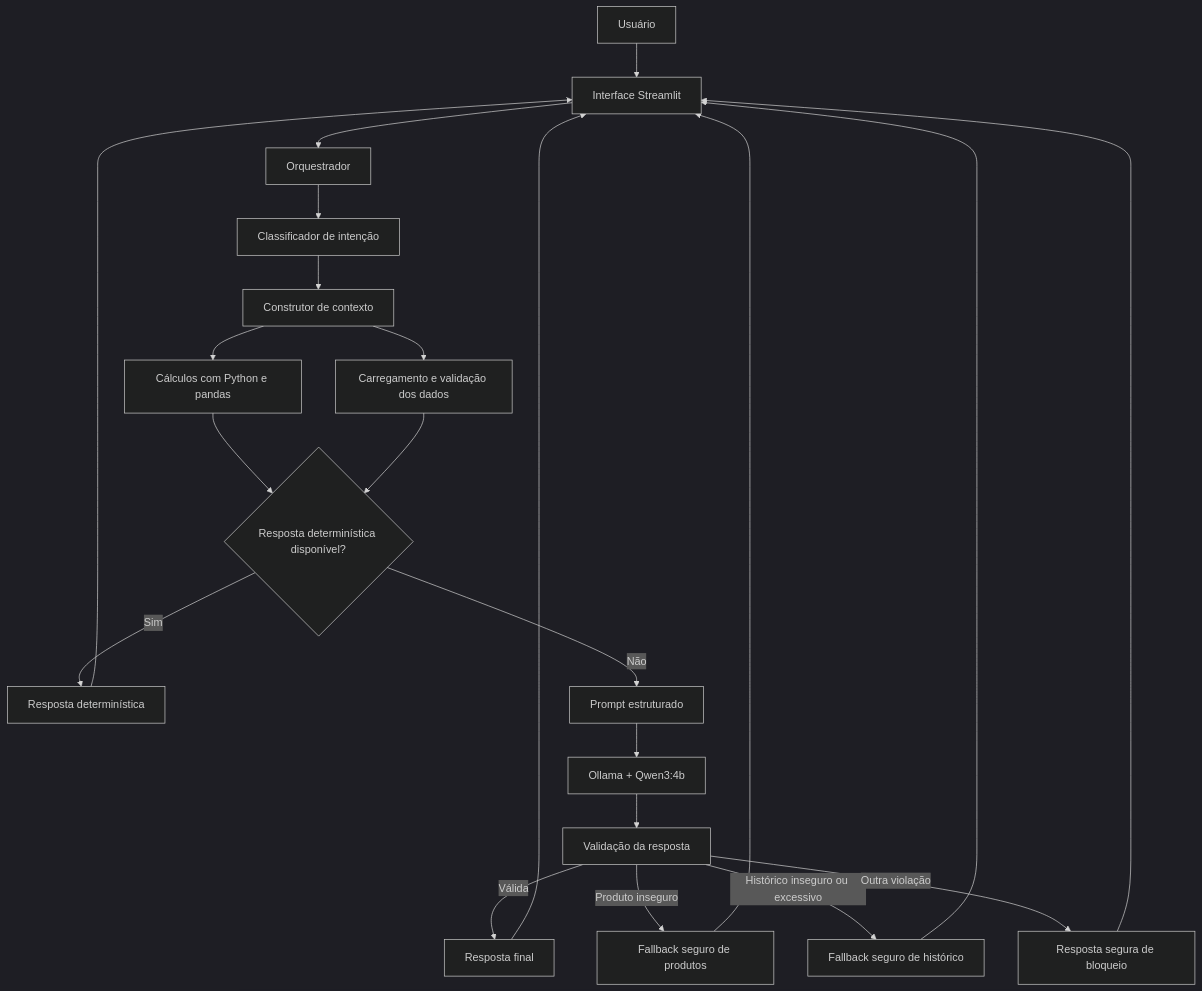
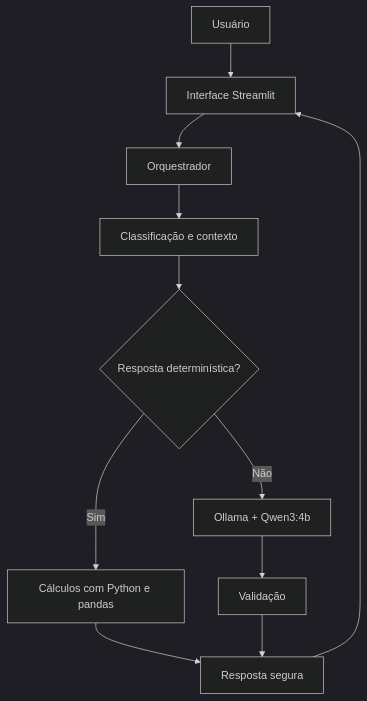
One commit to Breno3B/dio-lab-bia-do-futuro changed the diagram in README.md. Above: the diagram before and after it, drawn with Mermaid (dark theme). The commit also changed other lines of this file and 7 other files, not shown here.

````diff
--- a/README.md
+++ b/README.md
@@ -56,24 +62,17 @@
 ```mermaid
 flowchart TD
-    U[Usuário] --> S[Interface Streamlit]
-    S --> O[Orquestrador]
-    O --> I[Classificador de intenção]
-    I --> C[Construtor de contexto]
-    C --> D[Carregamento e validação dos dados]
-    C --> A[Cálculos com Python e pandas]
-    A --> R{Resposta determinística disponível?}
-    D --> R
-    R -->|Sim| T[Resposta determinística]
-    R -->|Não| P[Prompt estruturado]
-    P --> L[Ollama + Qwen3:4b]
-    L --> V[Validação da resposta]
-    V -->|Válida| F[Resposta final]
-    V -->|Produto inseguro| FP[Fallback seguro de produtos]
-    V -->|Histórico inseguro ou excessivo| FH[Fallback seguro de histórico]
-    V -->|Outra violação| B[Resposta segura de bloqueio]
-    T --> S
-    F --> S
-    FP --> S
-    FH --> S
-    B --> S
+    U[Usuário] --> I[Interface Streamlit]
+    I --> O[Orquestrador]
+    O --> C[Classificação e contexto]
+
+    C --> Q{Resposta determinística?}
+
+    Q -->|Sim| D[Cálculos com Python e pandas]
+    Q -->|Não| L[Ollama + Qwen3:4b]
+
+    D --> R[Resposta segura]
+    L --> V[Validação]
+    V --> R
+
+    R --> I
 ```
````
